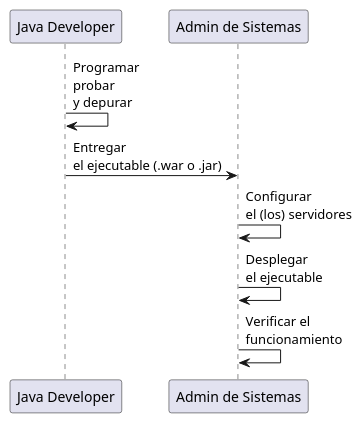
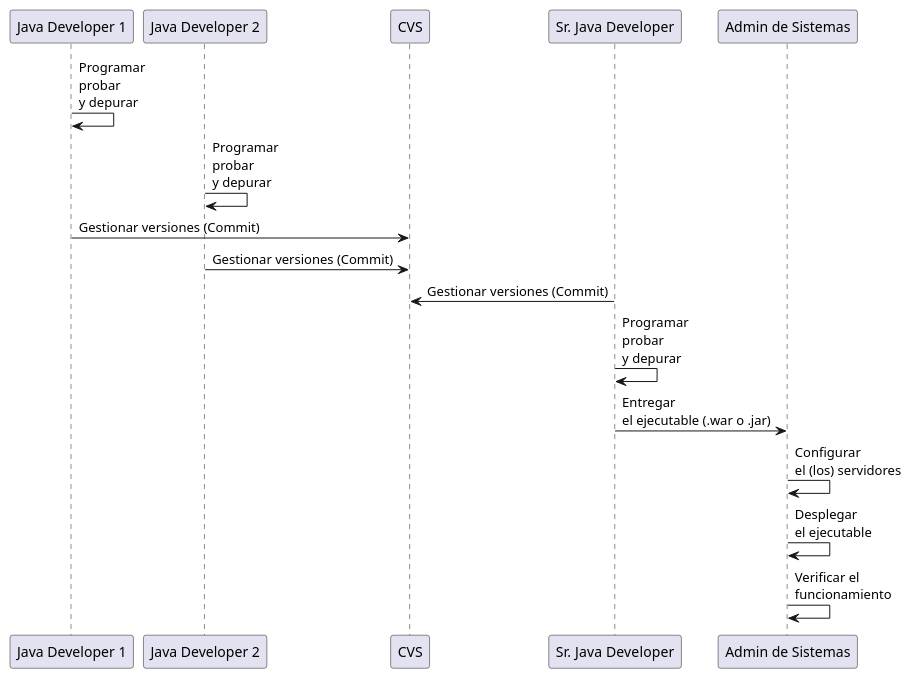
Before and after one commit to tuxtor/microjakarta10: the diagram in cicd.plantuml, drawn with PlantUML.

```diff
--- a/cicd.plantuml
+++ b/cicd.plantuml
@@ -1,21 +1,33 @@
 @startuml
-participant Developer as "Java Developer"
+participant Developer1 as "Java Developer 1"
+participant Developer2 as "Java Developer 2"
 
+Developer1 -> Developer1 : Programar\nprobar \ny depurar
+Developer2 -> Developer2 : Programar\nprobar \ny depurar
+Developer1 -> CVS : Gestionar versiones (Commit)
+Developer2 -> CVS : Gestionar versiones (Commit)
+
+database CVS as "CVS(Git)"
+participant Developer as "Sr. Java Developer"
+
+
+
+Developer -> CVS : Gestionar versiones (Commit)
 Developer -> Developer : Programar\nprobar \ny depurar
 
 participant Sysadmin as "Admin de Sistemas"
 
 Developer -> Sysadmin : Entregar\nel ejecutable (.war o .jar)
 
 Sysadmin -> Sysadmin : Configurar\nel (los) servidores
 Sysadmin -> Sysadmin : Desplegar\nel ejecutable
 
 Sysadmin -> Sysadmin : Verificar el\nfuncionamiento
 
 
 
 
 
 
 
 @enduml
```
